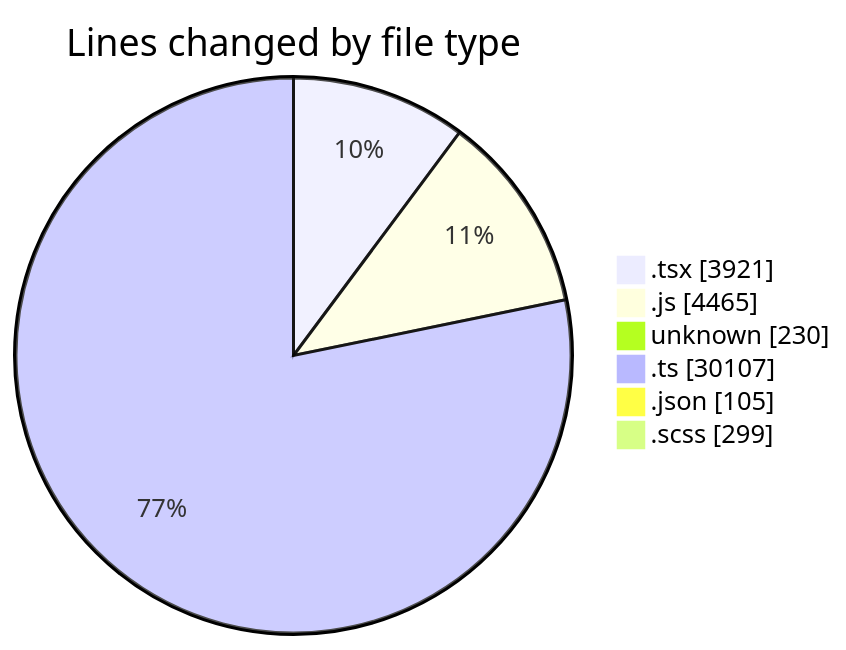
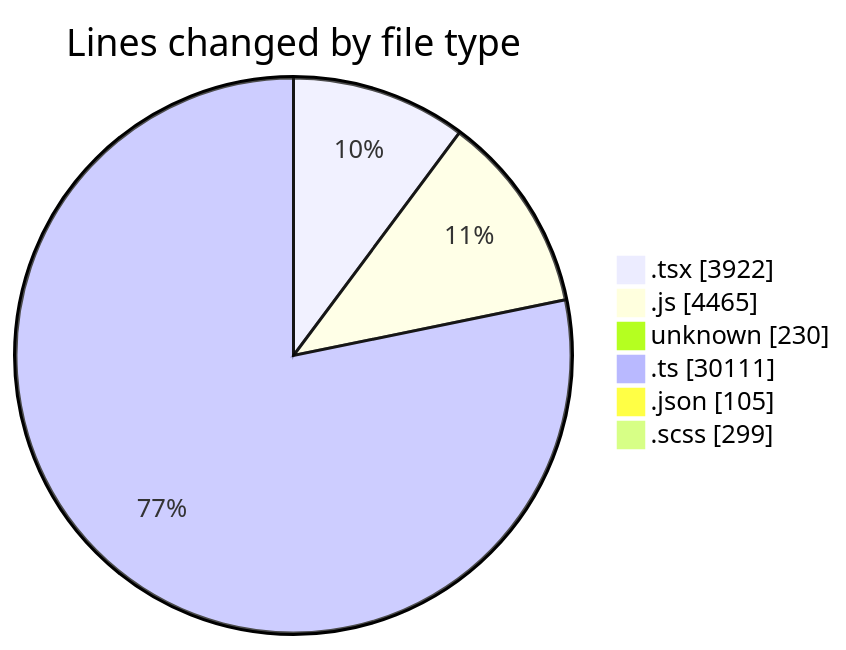
The first of 2 diagrams in 2026-05-06/cda/README.md (momahboobian/code-tracking), drawn with Mermaid before and after one commit. The commit also changed other lines of this file and 1 other file, not shown here.

````diff
--- a/2026-05-06/cda/README.md
+++ b/2026-05-06/cda/README.md
@@ -91,10 +91,10 @@
 ```mermaid
 pie showData
 title Lines changed by file type
-".tsx" : 3921
+".tsx" : 3922
 ".js" : 4465
 "unknown" : 230
-".ts" : 30107
+".ts" : 30111
 ".json" : 105
 ".scss" : 299
 ```
````
